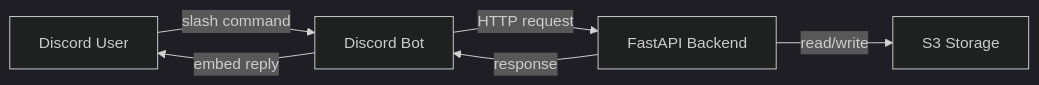
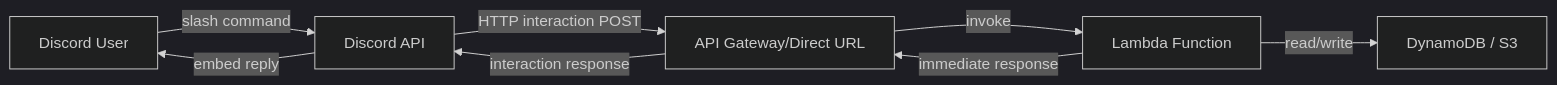
The diagram in Task2_mhp_discord-bot/MHP_Discord-Bot.md (NiloyGabrielGomes/Tasks-Repo_CEA-2026-Niloy), drawn with Mermaid (dark theme) before and after one commit. The commit also changed other lines of this file, not shown here.

First line of the commit message:
refactor architecture spec to serverless Lambda

````diff
--- a/Task2_mhp_discord-bot/MHP_Discord-Bot.md
+++ b/Task2_mhp_discord-bot/MHP_Discord-Bot.md
@@ -122,8 +122,10 @@
 ```mermaid
 flowchart LR
-    A[Discord User] -->|slash command| B[Discord Bot]
-    B -->|HTTP request| C[FastAPI Backend]
-    C -->|read/write| D[S3 Storage]
-    C -->|response| B
+    A[Discord User] -->|slash command| B[Discord API]
+    B -->|HTTP interaction POST| C[API Gateway/Direct URL]
+    C -->|invoke| D[Lambda Function]
+    D -->|read/write| E[DynamoDB / S3]
+    D -->|immediate response| C
+    C -->|interaction response| B
     B -->|embed reply| A
 ```
````
